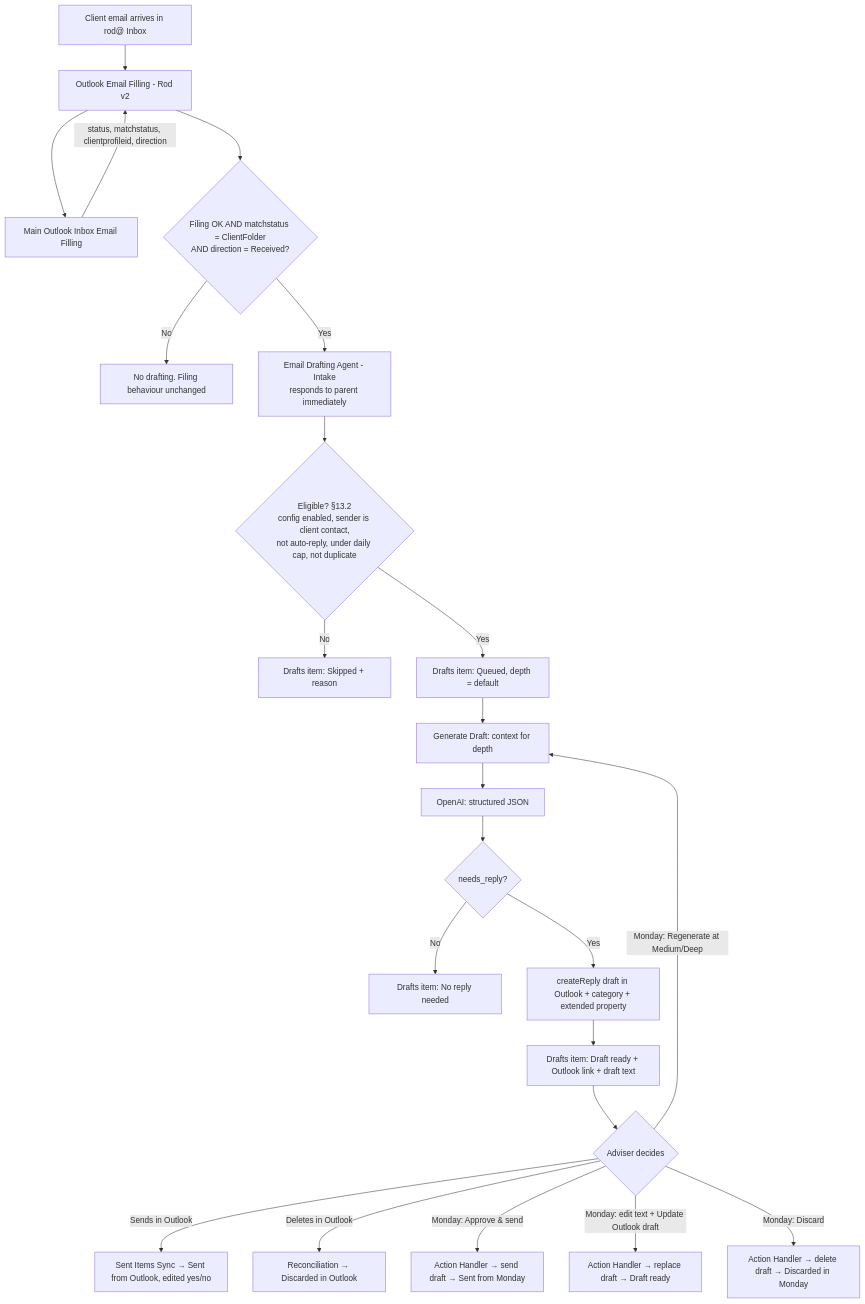
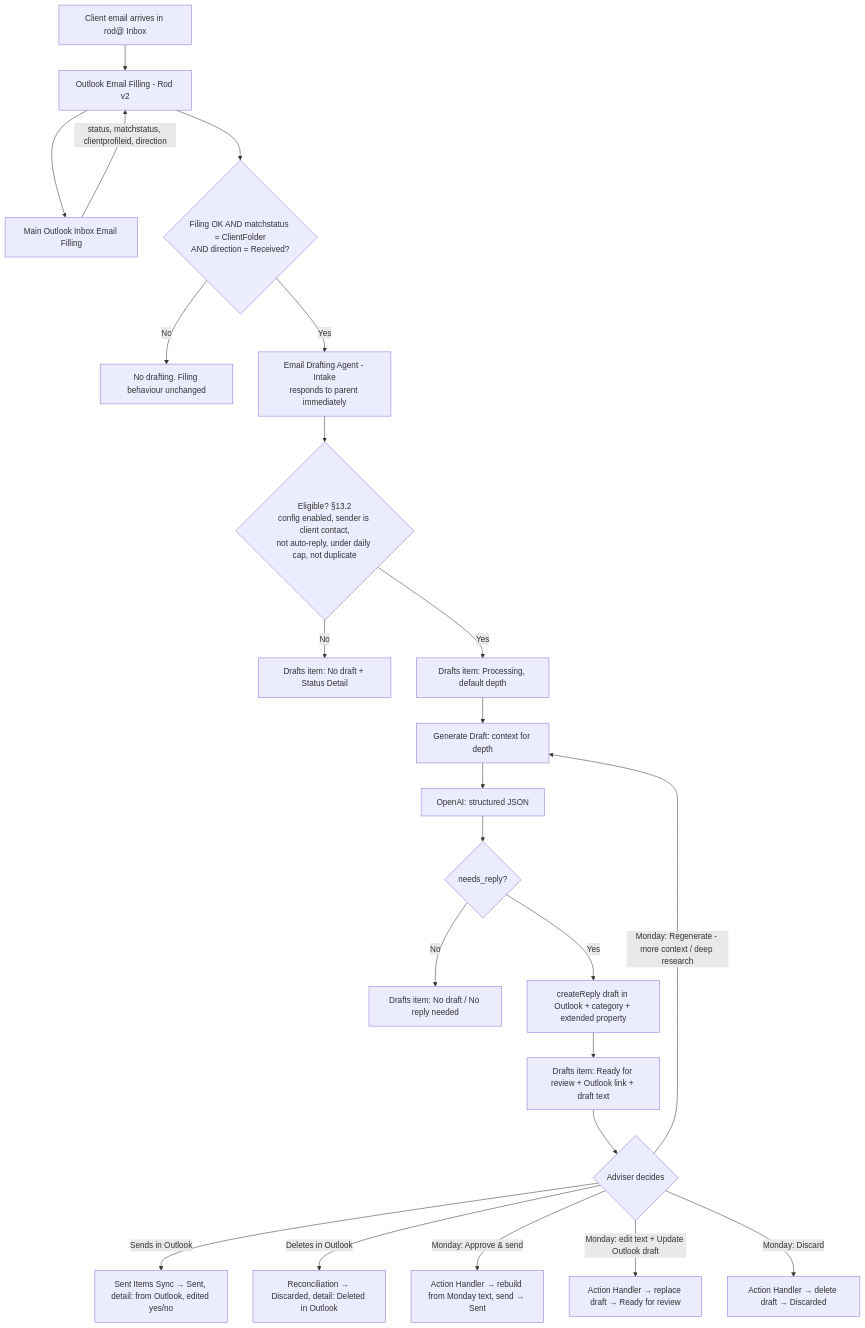
One commit to ElLeonITWizard/rsfa-technical-knowledge changed the diagram in knowledge/automations/power-automate/AUTO-EMAIL-DRAFT-001-email-drafting-agent.md. Above: the diagram before and after it, drawn with Mermaid. The commit also changed other lines of this file and 3 other files, not shown here.

````diff
--- a/knowledge/automations/power-automate/AUTO-EMAIL-DRAFT-001-email-drafting-agent.md
+++ b/knowledge/automations/power-automate/AUTO-EMAIL-DRAFT-001-email-drafting-agent.md
@@ -218,25 +218,25 @@
 ```mermaid
 flowchart TD
     A[Client email arrives in rod@ Inbox] --> B[Outlook Email Filling - Rod v2]
     B --> C[Main Outlook Inbox Email Filling]
     C -->|status, matchstatus, clientprofileid, direction| B
     B --> D{Filing OK AND matchstatus = ClientFolder<br/>AND direction = Received?}
     D -->|No| Z[No drafting. Filing behaviour unchanged]
     D -->|Yes| E[Email Drafting Agent - Intake<br/>responds to parent immediately]
     E --> F{Eligible? §13.2<br/>config enabled, sender is client contact,<br/>not auto-reply, under daily cap, not duplicate}
-    F -->|No| G[Drafts item: Skipped + reason]
-    F -->|Yes| H[Drafts item: Queued, depth = default]
+    F -->|No| G[Drafts item: No draft + Status Detail]
+    F -->|Yes| H[Drafts item: Processing, default depth]
     H --> I[Generate Draft: context for depth]
     I --> J[OpenAI: structured JSON]
     J --> K{needs_reply?}
-    K -->|No| L[Drafts item: No reply needed]
+    K -->|No| L[Drafts item: No draft / No reply needed]
     K -->|Yes| M[createReply draft in Outlook + category + extended property]
-    M --> N[Drafts item: Draft ready + Outlook link + draft text]
+    M --> N[Drafts item: Ready for review + Outlook link + draft text]
     N --> O{Adviser decides}
-    O -->|Sends in Outlook| P[Sent Items Sync → Sent from Outlook, edited yes/no]
-    O -->|Deletes in Outlook| Q[Reconciliation → Discarded in Outlook]
-    O -->|Monday: Approve & send| R[Action Handler → send draft → Sent from Monday]
-    O -->|Monday: edit text + Update Outlook draft| S[Action Handler → replace draft → Draft ready]
-    O -->|Monday: Regenerate at Medium/Deep| I
-    O -->|Monday: Discard| T[Action Handler → delete draft → Discarded in Monday]
+    O -->|Sends in Outlook| P[Sent Items Sync → Sent, detail: from Outlook, edited yes/no]
+    O -->|Deletes in Outlook| Q[Reconciliation → Discarded, detail: Deleted in Outlook]
+    O -->|Monday: Approve & send| R[Action Handler → rebuild from Monday text, send → Sent]
+    O -->|Monday: edit text + Update Outlook draft| S[Action Handler → replace draft → Ready for review]
+    O -->|Monday: Regenerate - more context / deep research| I
+    O -->|Monday: Discard| T[Action Handler → delete draft → Discarded]
 ```
````
